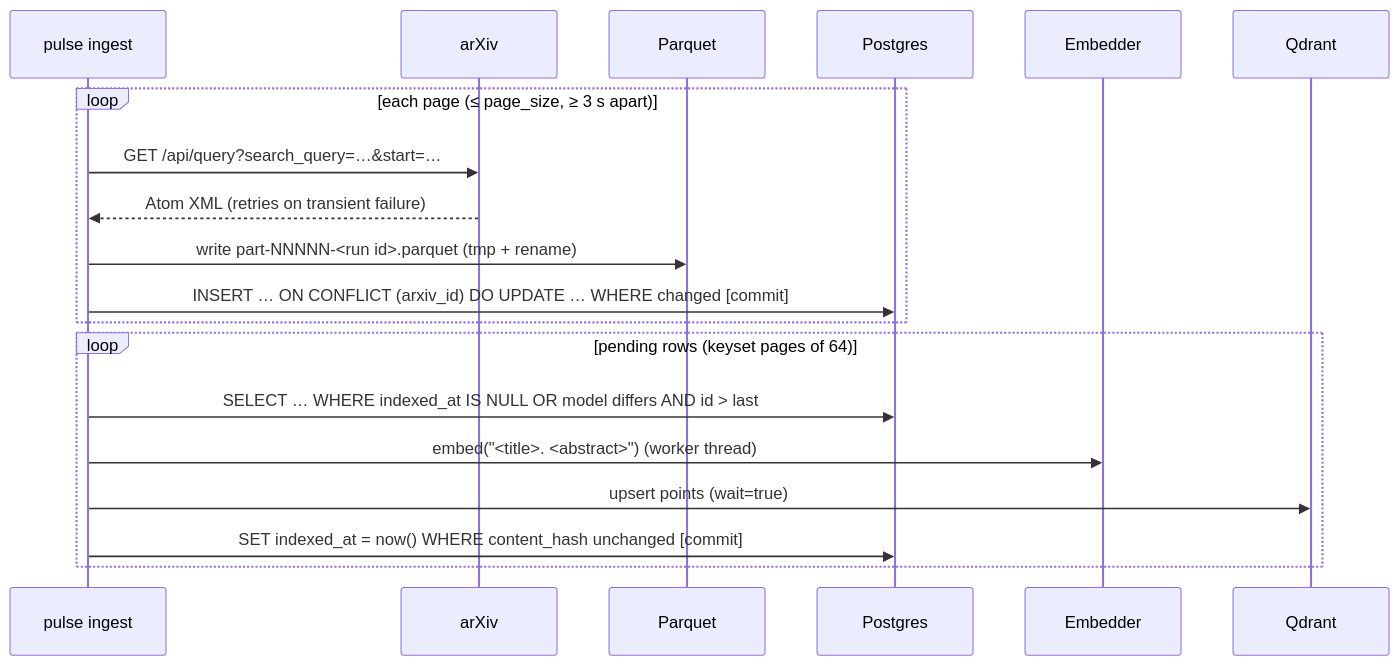
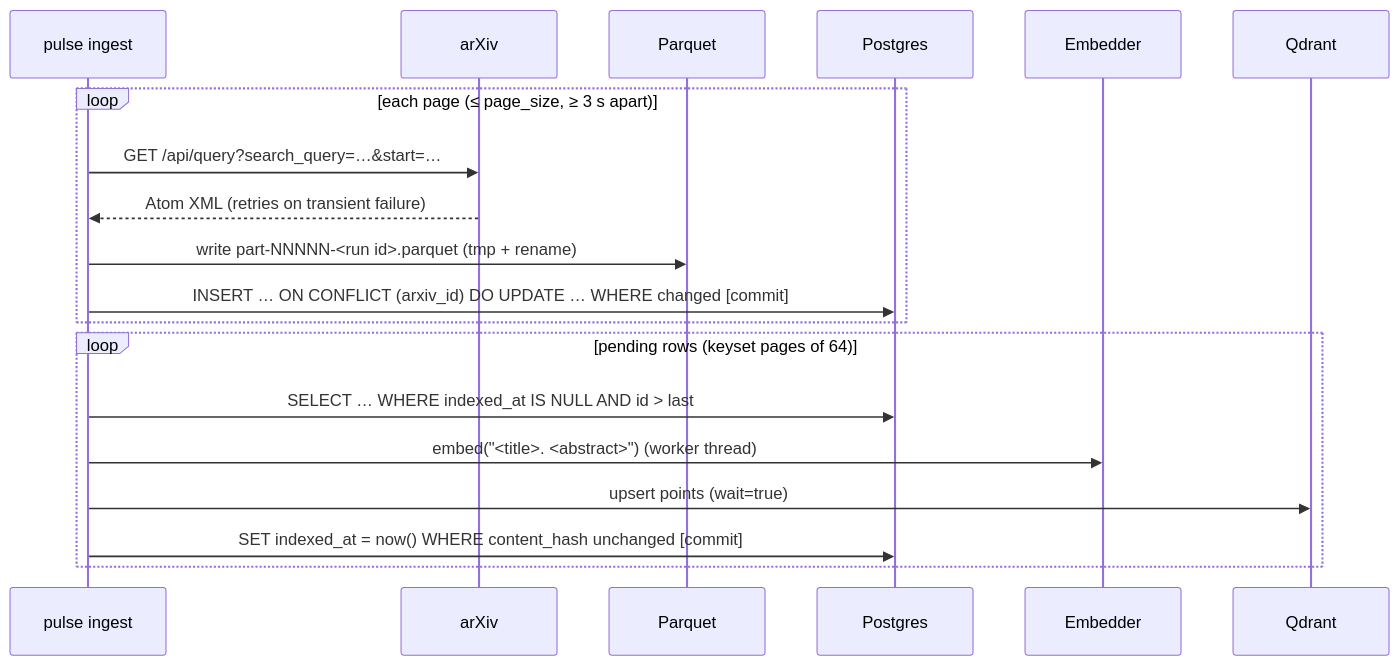
The second of 2 diagrams in docs/architecture.md (MilosS019/MDPI-paper-similarity), drawn with Mermaid before and after one commit. The commit also changed other lines of this file and 4 other files, not shown here.

````diff
--- a/docs/architecture.md
+++ b/docs/architecture.md
@@ -70,21 +70,21 @@
 ```mermaid
 sequenceDiagram
     participant CLI as pulse ingest
     participant AX as arXiv
     participant RAW as Parquet
     participant PG as Postgres
     participant EMB as Embedder
     participant QD as Qdrant
     loop each page (≤ page_size, ≥ 3 s apart)
         CLI->>AX: GET /api/query?search_query=…&start=…
         AX-->>CLI: Atom XML (retries on transient failure)
         CLI->>RAW: write part-NNNNN-<run id>.parquet (tmp + rename)
         CLI->>PG: INSERT … ON CONFLICT (arxiv_id) DO UPDATE … WHERE changed  [commit]
     end
     loop pending rows (keyset pages of 64)
-        CLI->>PG: SELECT … WHERE indexed_at IS NULL OR model differs AND id > last
+        CLI->>PG: SELECT … WHERE indexed_at IS NULL AND id > last
         CLI->>EMB: embed("<title>. <abstract>")  (worker thread)
         CLI->>QD: upsert points (wait=true)
         CLI->>PG: SET indexed_at = now() WHERE content_hash unchanged  [commit]
     end
 ```
````
